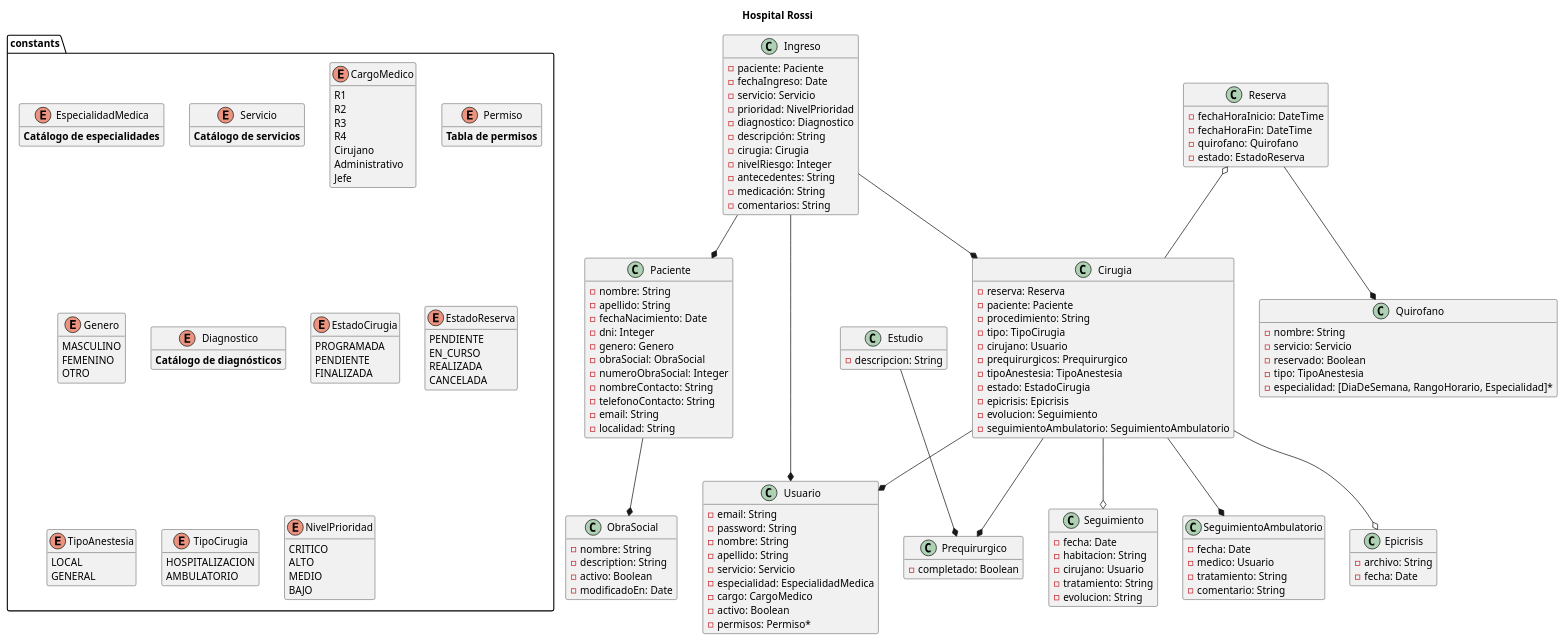
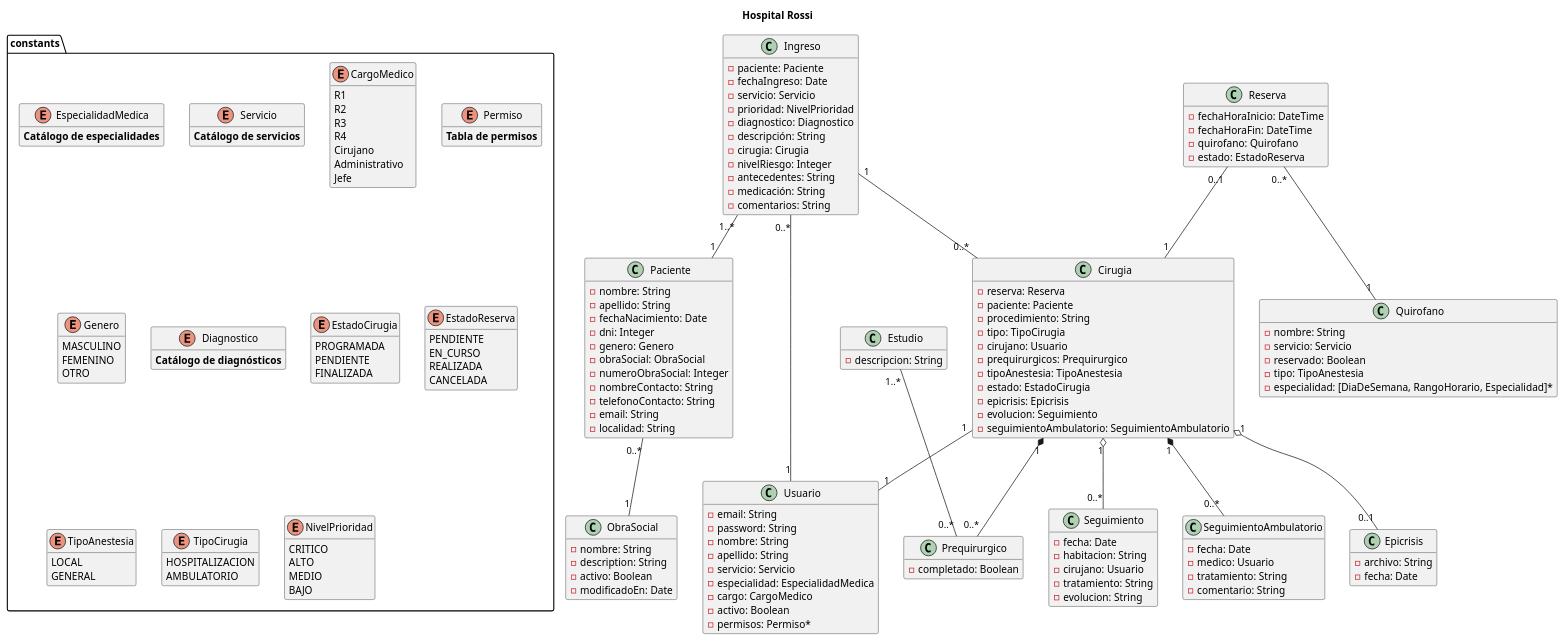
Before and after one commit to castiglioneRenzo/quirofanosTTPS: the diagram in diagrama.puml, drawn with PlantUML.

Commit message:
agrego multiplicidades

```diff
--- a/diagrama.puml
+++ b/diagrama.puml
@@ -1,186 +1,186 @@
 @startuml Diagrama
 title Hospital Rossi
 hide empty members
 
 class Usuario {
     -email: String
     -password: String
     -nombre: String
     -apellido: String
     -servicio: Servicio
     -especialidad: EspecialidadMedica
     -cargo: CargoMedico
     -activo: Boolean
     -permisos: Permiso*
 }
 
 enum constants.EspecialidadMedica {
     **Catálogo de especialidades**
 }
 
 enum constants.Servicio {
     **Catálogo de servicios**
 }
 
 enum constants.CargoMedico {
     R1
     R2
     R3
     R4
     Cirujano
     Administrativo
     Jefe
 }
 
 enum constants.Permiso {
     **Tabla de permisos**
 }
 
 class Paciente {
     -nombre: String
     -apellido: String
     -fechaNacimiento: Date
     -dni: Integer
     -genero: Genero
     -obraSocial: ObraSocial
     -numeroObraSocial: Integer
     -nombreContacto: String
     -telefonoContacto: String
     -email: String
     -localidad: String
 }
 
 enum constants.Genero {
     MASCULINO
     FEMENINO
     OTRO
 }
 
 class ObraSocial {
     -nombre: String
     -description: String
     -activo: Boolean
     -modificadoEn: Date
 }
 
 class Ingreso {
     -paciente: Paciente
     -fechaIngreso: Date
     -servicio: Servicio
     -prioridad: NivelPrioridad
     -diagnostico: Diagnostico
     -descripción: String
     -cirugia: Cirugia
     -nivelRiesgo: Integer
     -antecedentes: String
     -medicación: String
     -comentarios: String
 }
 
 enum constants.Diagnostico {
     **Catálogo de diagnósticos**
 }
 
 class Estudio {
     -descripcion: String
 }
 
 class Prequirurgico {
     ' -estudio: Estudio
     -completado: Boolean
 }
 
 class Cirugia {
     -reserva: Reserva
     -paciente: Paciente
     -procedimiento: String
     ' -servicio: Servicio
     -tipo: TipoCirugia
     -cirujano: Usuario
     -prequirurgicos: Prequirurgico
     -tipoAnestesia: TipoAnestesia
     -estado: EstadoCirugia
     -epicrisis: Epicrisis
     -evolucion: Seguimiento
     -seguimientoAmbulatorio: SeguimientoAmbulatorio
 }
 
 enum constants.EstadoCirugia {
     PROGRAMADA
     PENDIENTE
     FINALIZADA
 }
 
 class Quirofano {
     -nombre: String
     -servicio: Servicio
     -reservado: Boolean
     -tipo: TipoAnestesia
     -especialidad: [DiaDeSemana, RangoHorario, Especialidad]*
 }
 
 class Reserva {
     -fechaHoraInicio: DateTime
     -fechaHoraFin: DateTime
     -quirofano: Quirofano
     -estado: EstadoReserva
 }
 
 enum constants.EstadoReserva {
     PENDIENTE
     EN_CURSO
     REALIZADA
     CANCELADA
 }
 
 enum constants.TipoAnestesia {
     LOCAL
     GENERAL
 }
 
 enum constants.TipoCirugia {
     HOSPITALIZACION
     AMBULATORIO
 }
 
 enum constants.NivelPrioridad {
     CRITICO
     ALTO
     MEDIO
     BAJO
 }
 
 class Seguimiento {
     -fecha: Date
     -habitacion: String
     -cirujano: Usuario
     -tratamiento: String
     -evolucion: String
 }
 
 class SeguimientoAmbulatorio {
     -fecha: Date
     -medico: Usuario
     -tratamiento: String
     -comentario: String
 }
 
 class Epicrisis {
     -archivo: String
     -fecha: Date
 }
 
-Paciente --* ObraSocial
-Ingreso --* Paciente
-Ingreso --* Cirugia
-Ingreso --* Usuario
-Cirugia --* Prequirurgico
-Estudio --* Prequirurgico
-Cirugia --* Usuario
-Cirugia --* SeguimientoAmbulatorio
-Cirugia --o Seguimiento
-Cirugia --o Epicrisis
-Reserva o-- Cirugia
-Reserva --* Quirofano
+Paciente "0..*" -- "1" ObraSocial
+Ingreso "1..*" -- "1" Paciente
+Ingreso "1" -- "0..*" Cirugia
+Ingreso "0..*" -- "1" Usuario
+Cirugia "1" *-- "0..*" Prequirurgico
+Estudio "1..*" -- "0..*" Prequirurgico
+Cirugia "1" -- "1" Usuario
+Cirugia "1" *-- "0..*" SeguimientoAmbulatorio
+Cirugia "1" o-- "0..*" Seguimiento
+Cirugia "1" o-- "0..1" Epicrisis
+Reserva "0..1" -- "1" Cirugia
+Reserva "0..*" -- "1" Quirofano
 
 @enduml
```
